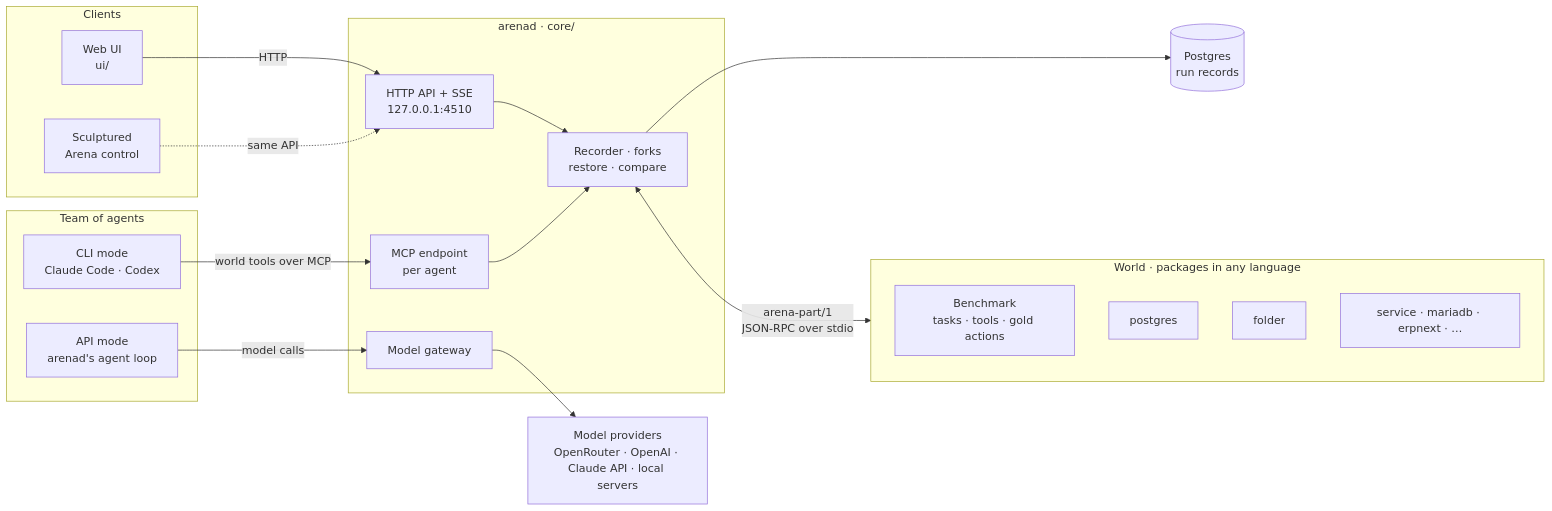
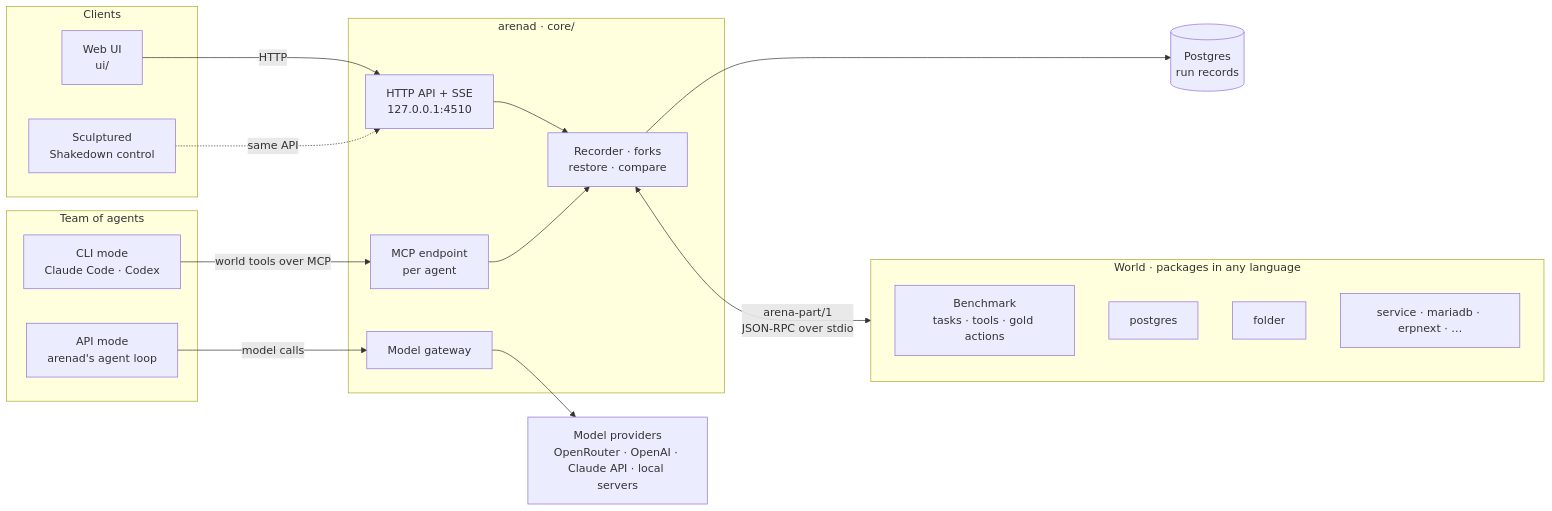
One commit to Sculptured/Arena changed the diagram in README.md. Above: the diagram before and after it, drawn with Mermaid. The commit also changed other lines of this file and 57 other files, not shown here.

First line of the commit message:
Brand: Arena is now Shakedown in the UI, docs and SDK; new mark

````diff
--- a/README.md
+++ b/README.md
@@ -113,39 +117,39 @@
 ```mermaid
 flowchart LR
   subgraph clients["Clients"]
     UI["Web UI<br/>ui/"]
-    SC["Sculptured<br/>Arena control"]
+    SC["Sculptured<br/>Shakedown control"]
   end
 
   subgraph team["Team of agents"]
     CLI["CLI mode<br/>Claude Code · Codex"]
     OPEN["API mode<br/>arenad's agent loop"]
   end
 
   subgraph engine["arenad · core/"]
     API["HTTP API + SSE<br/>127.0.0.1:4510"]
     MCP["MCP endpoint<br/>per agent"]
     GW["Model gateway"]
     ENG["Recorder · forks<br/>restore · compare"]
   end
 
   subgraph world["World · packages in any language"]
     BM["Benchmark<br/>tasks · tools · gold actions"]
     P1["postgres"]
     P2["folder"]
     P3["service · mariadb · erpnext · …"]
   end
 
   PG[("Postgres<br/>run records")]
   OR["Model providers<br/>OpenRouter · OpenAI · Claude API · local servers"]
 
   UI -->|HTTP| API
   SC -.->|same API| API
   CLI -->|world tools over MCP| MCP
   OPEN -->|model calls| GW
   GW --> OR
   API --> ENG
   MCP --> ENG
   ENG --> PG
   ENG <-->|"arena-part/1<br/>JSON-RPC over stdio"| world
 ```
````
